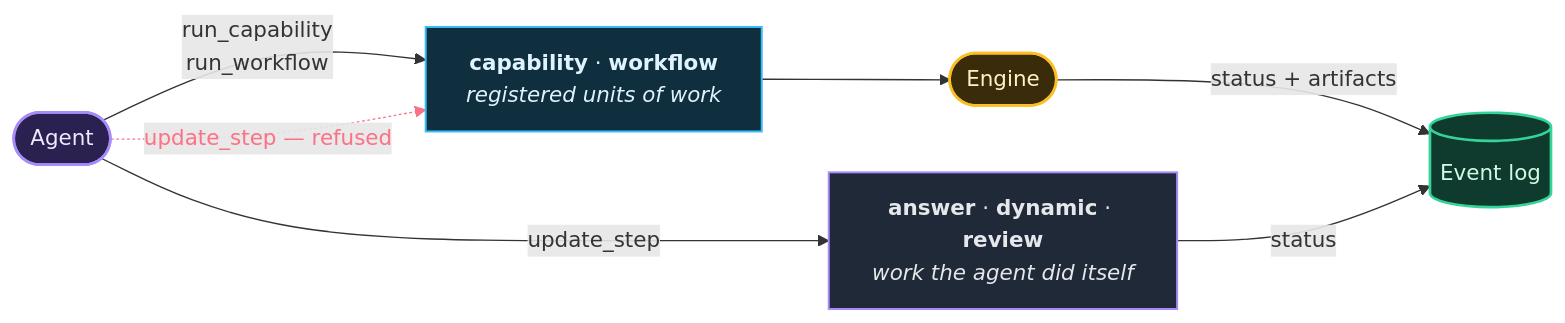
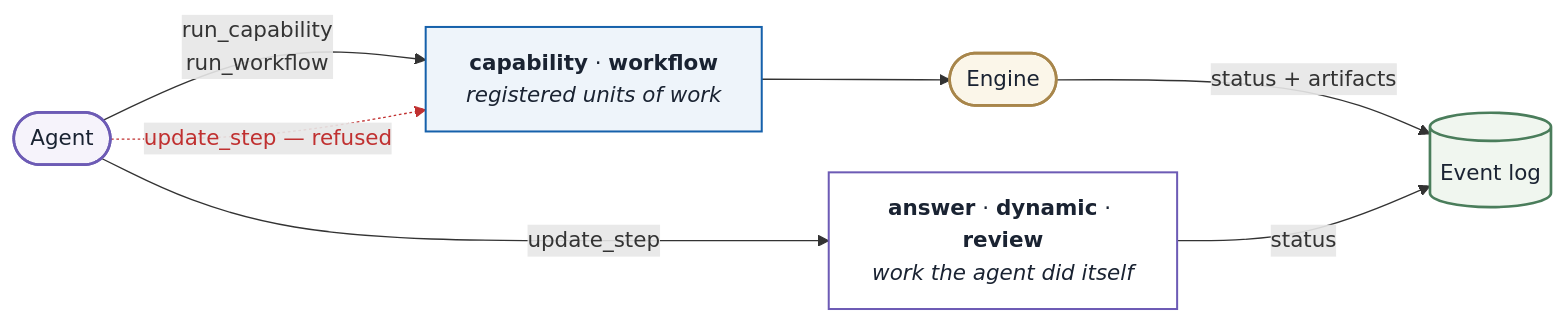
One commit to jity16/Loomcraft changed the first of 3 diagrams in README.md. Above: the diagram before and after it, drawn with Mermaid. The commit also changed other lines of this file and 27 other files, not shown here.

````diff
--- a/README.md
+++ b/README.md
@@ -188,20 +198,20 @@
 ```mermaid
 flowchart LR
     A(["Agent"]):::agent
 
     A -- "update_step" --> AK["<b>answer</b> · <b>dynamic</b> · <b>review</b><br/><i>work the agent did itself</i>"]:::selfwrite
     A -- "run_capability<br/>run_workflow" --> SK["<b>capability</b> · <b>workflow</b><br/><i>registered units of work</i>"]:::servwrite
     A -. "update_step — refused" .-> SK
 
     SK --> ENG(["Engine"]):::engine
     ENG -- "status + artifacts" --> LOG[("Event log")]:::log
     AK -- "status" --> LOG
 
-    classDef agent     fill:#2b2150,stroke:#a78bfa,stroke-width:2px,color:#ede9fe
-    classDef selfwrite fill:#1f2937,stroke:#a78bfa,stroke-width:1.5px,color:#e5e7eb
-    classDef servwrite fill:#0f2f3f,stroke:#38bdf8,stroke-width:1.5px,color:#e0f2fe
-    classDef engine    fill:#3a2c0a,stroke:#fbbf24,stroke-width:2px,color:#fef3c7
-    classDef log       fill:#0f3b2e,stroke:#34d399,stroke-width:2px,color:#d1fae5
+    classDef agent     fill:#f6f3fb,stroke:#6d5bb5,stroke-width:2px,color:#1a2332
+    classDef selfwrite fill:#ffffff,stroke:#6d5bb5,stroke-width:1.5px,color:#1a2332
+    classDef servwrite fill:#eef4fa,stroke:#1661ab,stroke-width:1.5px,color:#1a2332
+    classDef engine    fill:#fbf6e9,stroke:#a8864b,stroke-width:2px,color:#1a2332
+    classDef log       fill:#f0f6ef,stroke:#4a7d5b,stroke-width:2px,color:#1a2332
 
-    linkStyle 2 stroke:#fb7185,color:#fb7185
+    linkStyle 2 stroke:#c03030,color:#c03030
 ```
````
